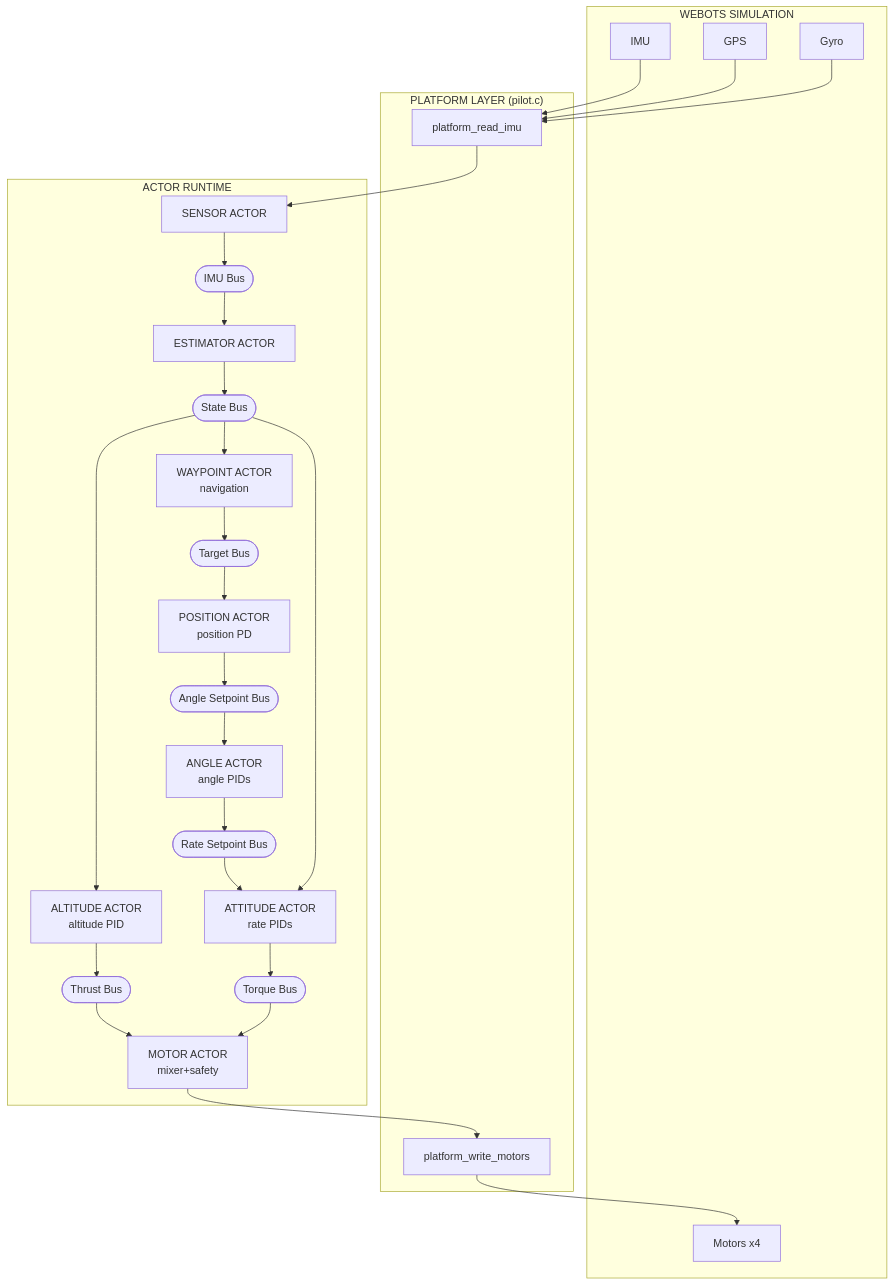
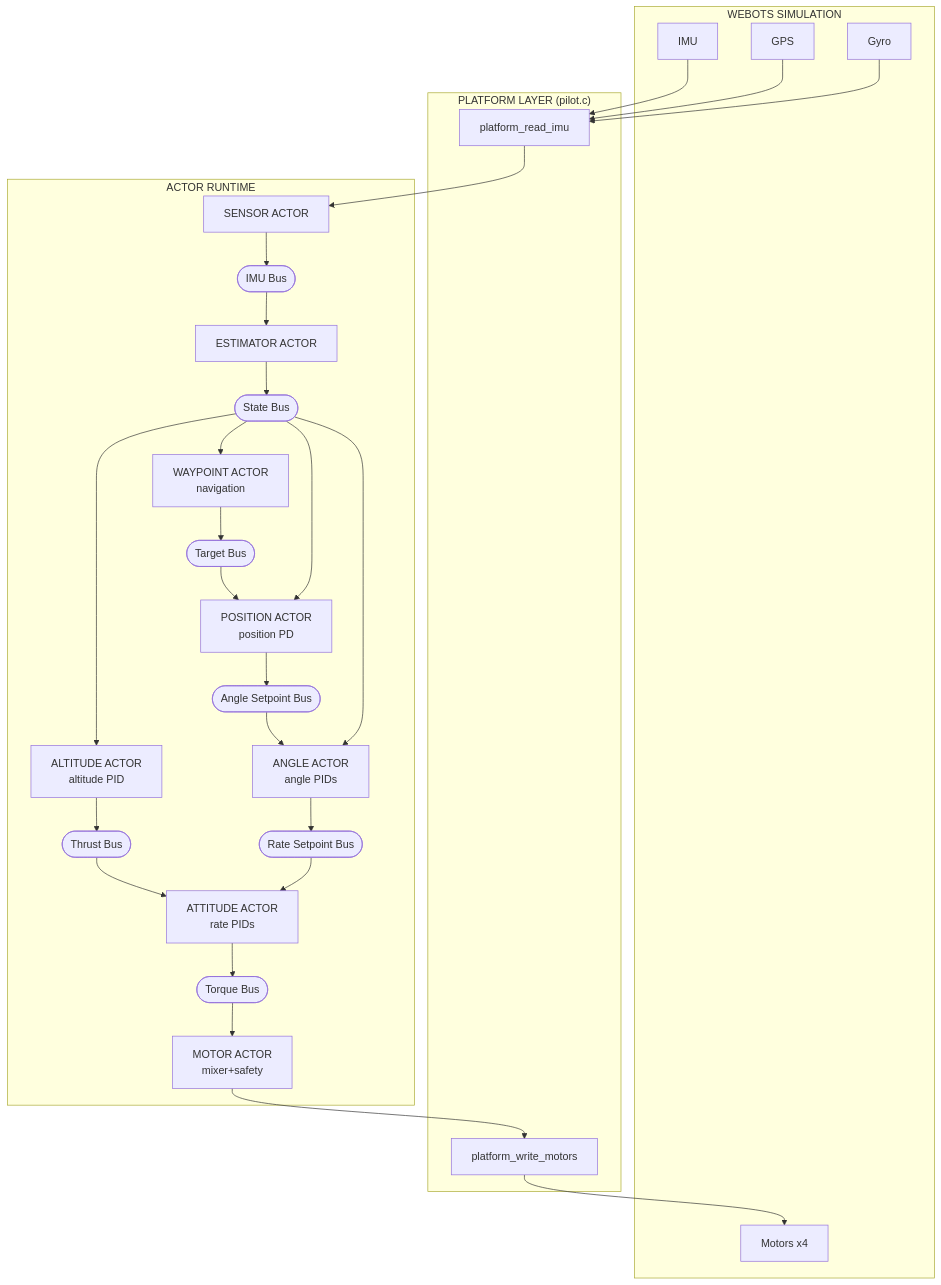
One commit to joagre/rt changed the first of 3 diagrams in examples/pilot/SPEC.md. Above: the diagram before and after it, drawn with Mermaid. The commit also changed other lines of this file and 1 other file, not shown here.

````diff
--- a/examples/pilot/SPEC.md
+++ b/examples/pilot/SPEC.md
@@ -67,48 +67,49 @@
 ```mermaid
 graph TB
     subgraph WEBOTS["WEBOTS SIMULATION"]
         IMU[IMU]
         GPS[GPS]
         Gyro[Gyro]
         Motors[Motors x4]
     end
 
     subgraph PLATFORM["PLATFORM LAYER (pilot.c)"]
         ReadIMU[platform_read_imu]
         WriteMotors[platform_write_motors]
     end
 
     subgraph RUNTIME["ACTOR RUNTIME"]
         Sensor[SENSOR ACTOR]
         IMUBus([IMU Bus])
         Estimator[ESTIMATOR ACTOR]
         StateBus([State Bus])
 
         Altitude[ALTITUDE ACTOR<br/>altitude PID]
         Waypoint[WAYPOINT ACTOR<br/>navigation]
         TargetBus([Target Bus])
         Position[POSITION ACTOR<br/>position PD]
         Attitude[ATTITUDE ACTOR<br/>rate PIDs]
 
         ThrustBus([Thrust Bus])
         AngleSPBus([Angle Setpoint Bus])
         Angle[ANGLE ACTOR<br/>angle PIDs]
         RateSPBus([Rate Setpoint Bus])
         TorqueBus([Torque Bus])
         Motor[MOTOR ACTOR<br/>mixer+safety]
     end
 
     IMU --> ReadIMU
     GPS --> ReadIMU
     Gyro --> ReadIMU
     WriteMotors --> Motors
 
     ReadIMU --> Sensor
     Sensor --> IMUBus --> Estimator --> StateBus
 
-    StateBus --> Altitude --> ThrustBus --> Motor
-    StateBus --> Waypoint --> TargetBus --> Position --> AngleSPBus --> Angle --> RateSPBus --> Attitude
-    StateBus --> Attitude --> TorqueBus --> Motor
+    StateBus --> Altitude --> ThrustBus --> Attitude
+    StateBus --> Waypoint --> TargetBus --> Position
+    StateBus --> Position --> AngleSPBus --> Angle
+    StateBus --> Angle --> RateSPBus --> Attitude --> TorqueBus --> Motor
 
     Motor --> WriteMotors
 ```
````
